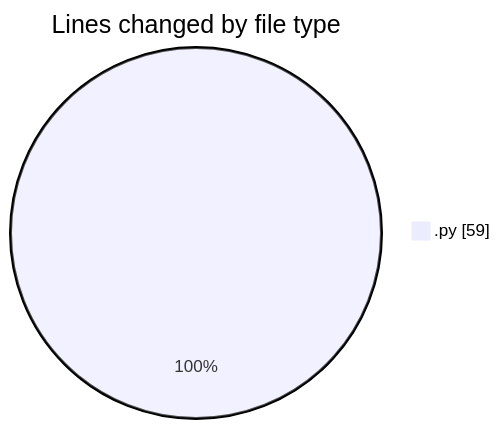
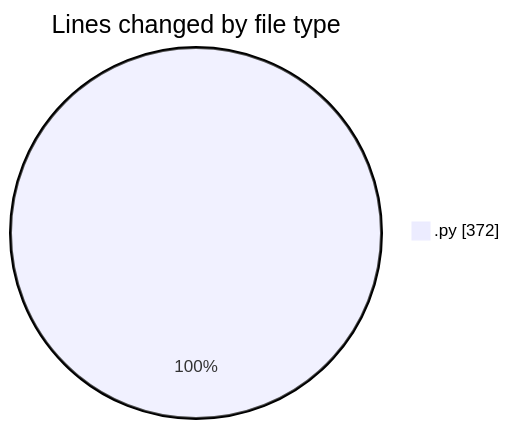
One commit to julien-gomy/code-tracking changed the first of 2 diagrams in 2025-10-11/eventscop-api-guide__workspace_/README.md. Above: the diagram before and after it, drawn with Mermaid. The commit also changed other lines of this file and 1 other file, not shown here.

````diff
--- a/2025-10-11/eventscop-api-guide__workspace_/README.md
+++ b/2025-10-11/eventscop-api-guide__workspace_/README.md
@@ -20,5 +21,5 @@
 ```mermaid
 pie showData
 title Lines changed by file type
-".py" : 59
+".py" : 372
 ```
````
